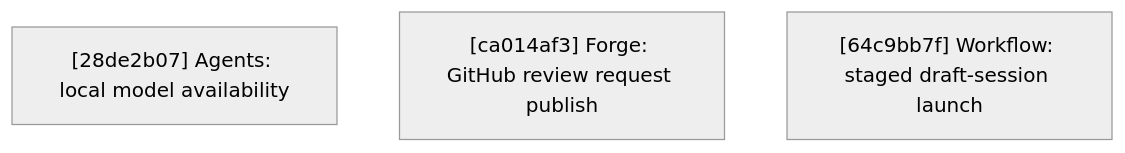
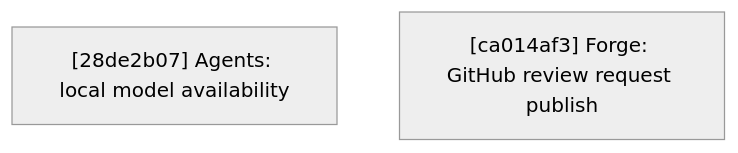
One commit to opencloudtool/agentty changed the diagram in docs/plan/roadmap.md. Above: the diagram before and after it, drawn with Mermaid (neutral theme). The commit also changed other lines of this file and 34 other files, not shown here.

First line of the commit message:
Add explicit draft session workflow

````diff
--- a/docs/plan/roadmap.md
+++ b/docs/plan/roadmap.md
@@ -126,6 +98,5 @@
 ```mermaid
 flowchart TD
     R1["[28de2b07] Agents: local model availability"]
     R2["[ca014af3] Forge: GitHub review request publish"]
-    R3["[64c9bb7f] Workflow: staged draft-session launch"]
 ```
````
